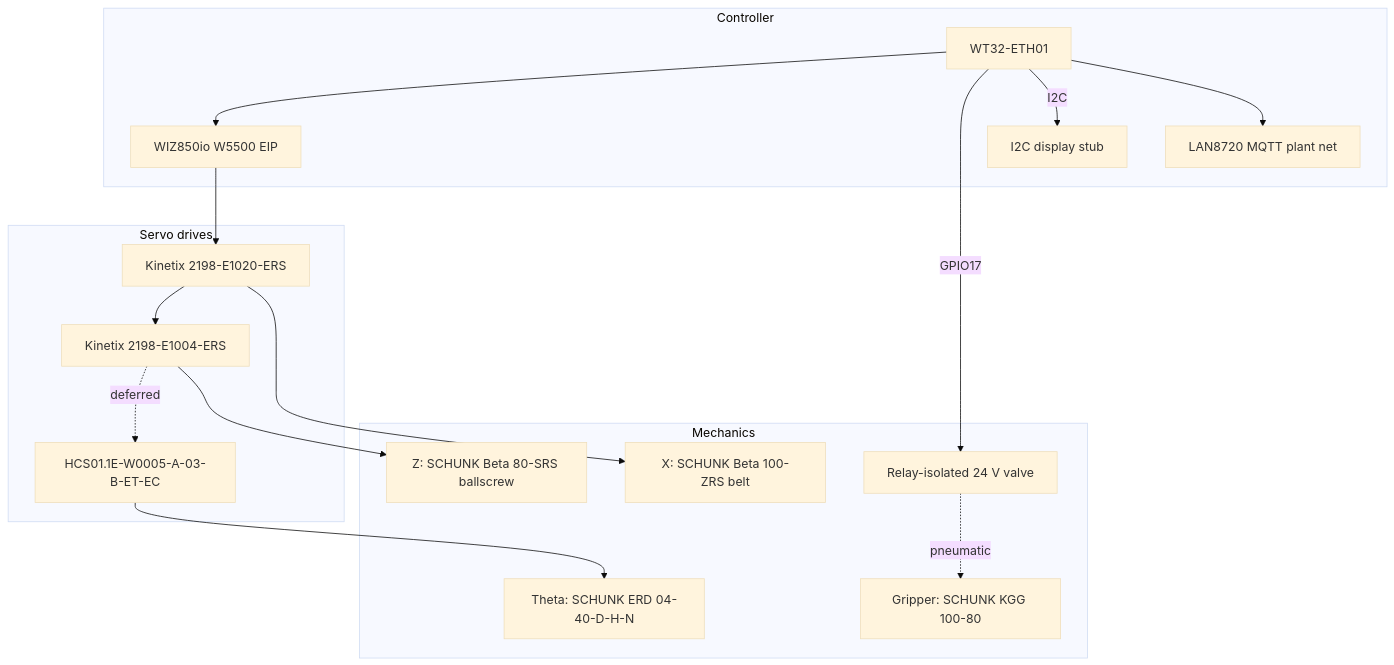
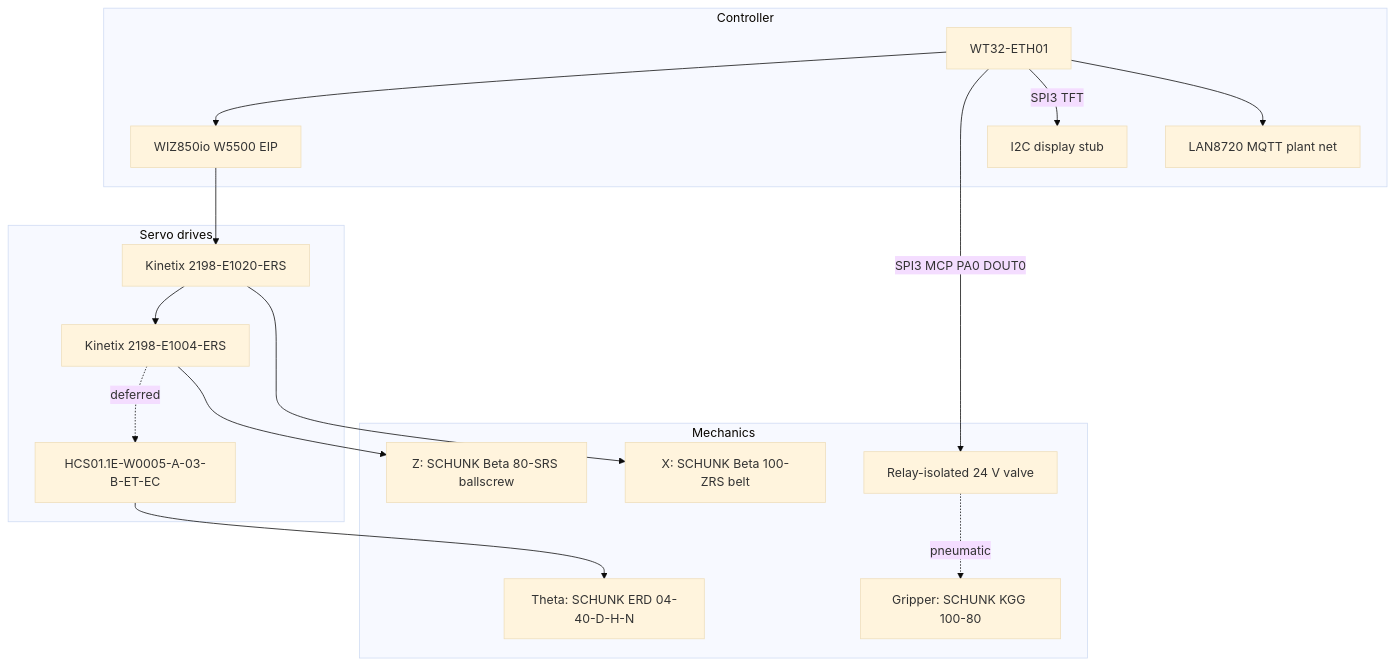
The diagram in docs/EXPECTED_ELECTROMECHANICAL_ASSEMBLY.md (Mynderse-Research-Lab/wt32-eth01-FreeRTOS), drawn with Mermaid (base theme) before and after one commit. The commit also changed other lines of this file and 5 other files, not shown here.

````diff
--- a/docs/EXPECTED_ELECTROMECHANICAL_ASSEMBLY.md
+++ b/docs/EXPECTED_ELECTROMECHANICAL_ASSEMBLY.md
@@ -32,32 +36,32 @@
 ```mermaid
 flowchart TB
   subgraph mech [Mechanics]
     Xact["X: SCHUNK Beta 100-ZRS belt"]
     Zact["Z: SCHUNK Beta 80-SRS ballscrew"]
     Tact["Theta: SCHUNK ERD 04-40-D-H-N"]
     Grip["Gripper: SCHUNK KGG 100-80"]
     GripIO["Relay-isolated 24 V valve"]
   end
   subgraph drives [Servo drives]
     DX["Kinetix 2198-E1020-ERS"]
     DZ["Kinetix 2198-E1004-ERS"]
     DT["HCS01.1E-W0005-A-03-B-ET-EC"]
   end
   subgraph ctrl [Controller]
     WT32["WT32-ETH01"]
     W5500["WIZ850io W5500 EIP"]
     LAN["LAN8720 MQTT plant net"]
     Disp["I2C display stub"]
   end
   WT32 --> W5500
   W5500 --> DX
   DX --> DZ
   DZ -. deferred .-> DT
   DX --> Xact
   DZ --> Zact
   DT --> Tact
-  WT32 -->|GPIO17| GripIO
-  WT32 -->|I2C| Disp
+  WT32 -->|SPI3 MCP PA0 DOUT0| GripIO
+  WT32 -->|SPI3 TFT| Disp
   GripIO -. pneumatic .-> Grip
   WT32 --> LAN
 ```
````
